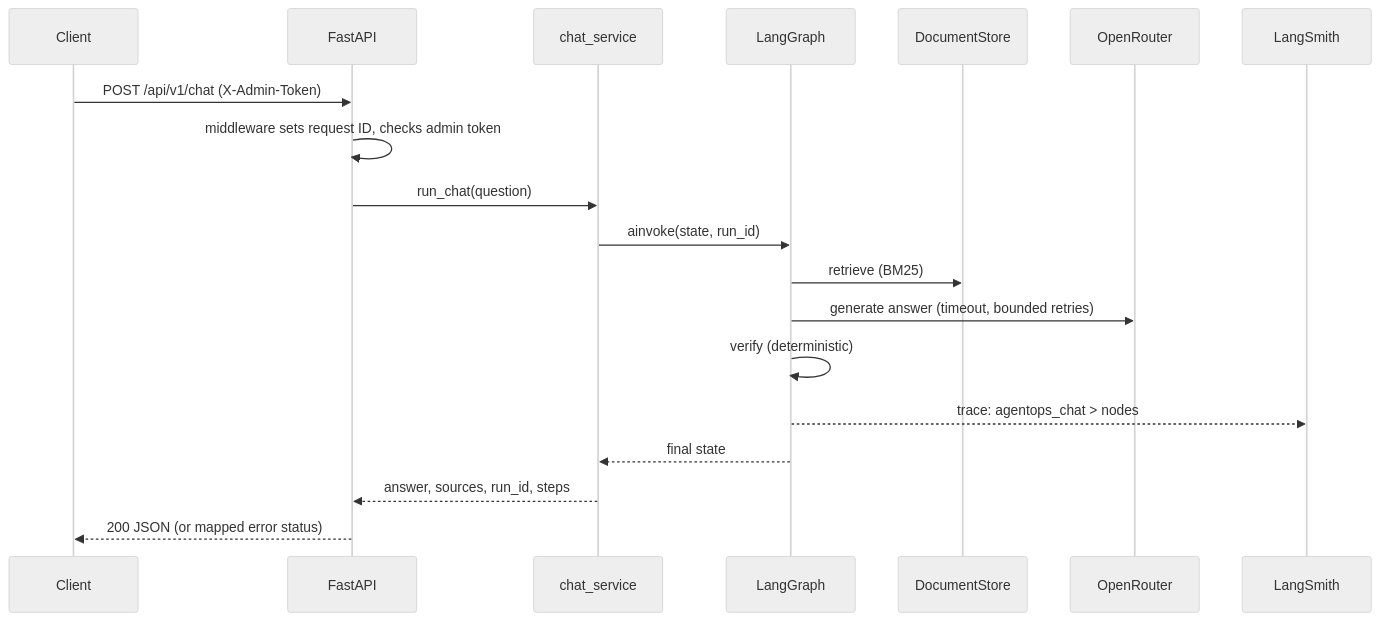
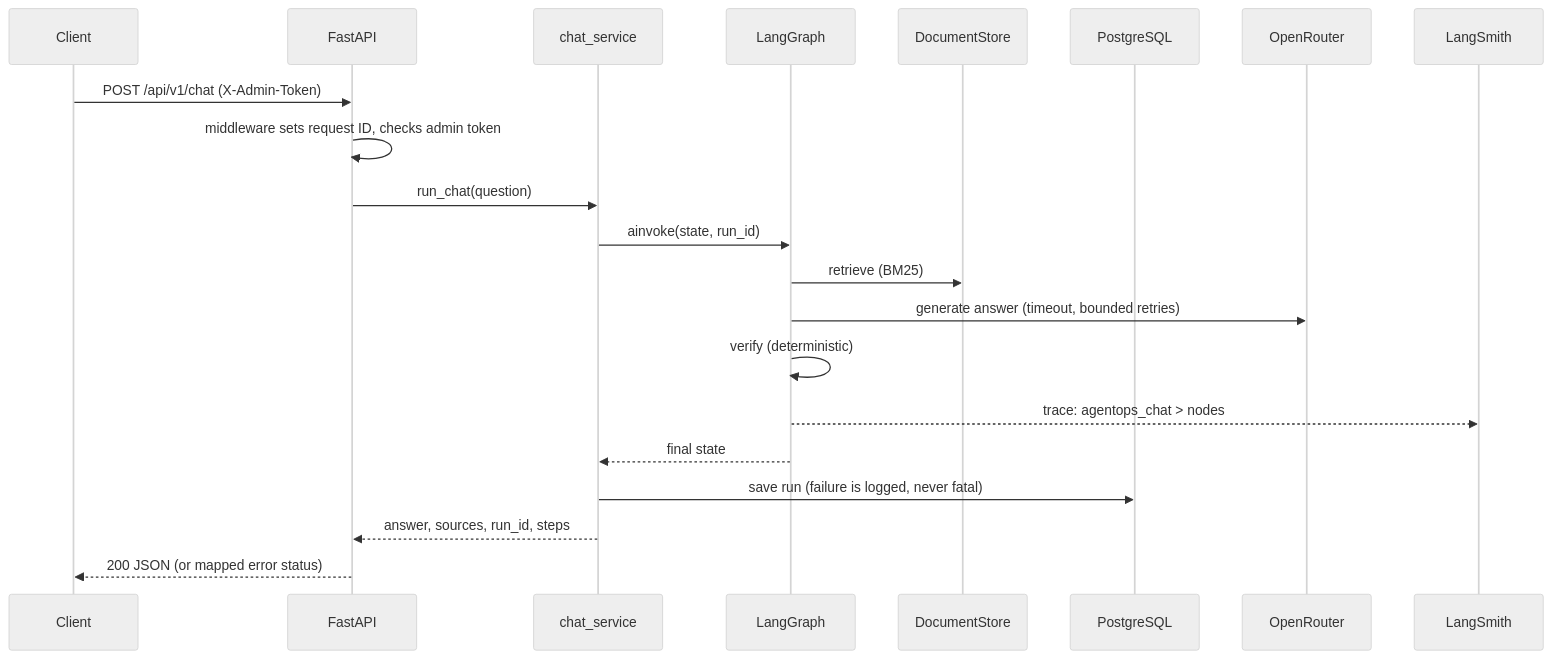
Before and after one commit to sanojDD/agentops: the second of 2 diagrams in docs/ARCHITECTURE.md, drawn with Mermaid (neutral theme). The commit also changed other lines of this file and 35 other files, not shown here.

````diff
--- a/docs/ARCHITECTURE.md
+++ b/docs/ARCHITECTURE.md
@@ -42,22 +45,24 @@
 ```mermaid
 sequenceDiagram
     participant C as Client
     participant API as FastAPI
     participant S as chat_service
     participant G as LangGraph
     participant ST as DocumentStore
+    participant DB as PostgreSQL
     participant OR as OpenRouter
     participant LS as LangSmith
 
     C->>API: POST /api/v1/chat (X-Admin-Token)
     API->>API: middleware sets request ID, checks admin token
     API->>S: run_chat(question)
     S->>G: ainvoke(state, run_id)
     G->>ST: retrieve (BM25)
     G->>OR: generate answer (timeout, bounded retries)
     G->>G: verify (deterministic)
     G-->>LS: trace: agentops_chat > nodes
     G-->>S: final state
+    S->>DB: save run (failure is logged, never fatal)
     S-->>API: answer, sources, run_id, steps
     API-->>C: 200 JSON (or mapped error status)
 ```
````
